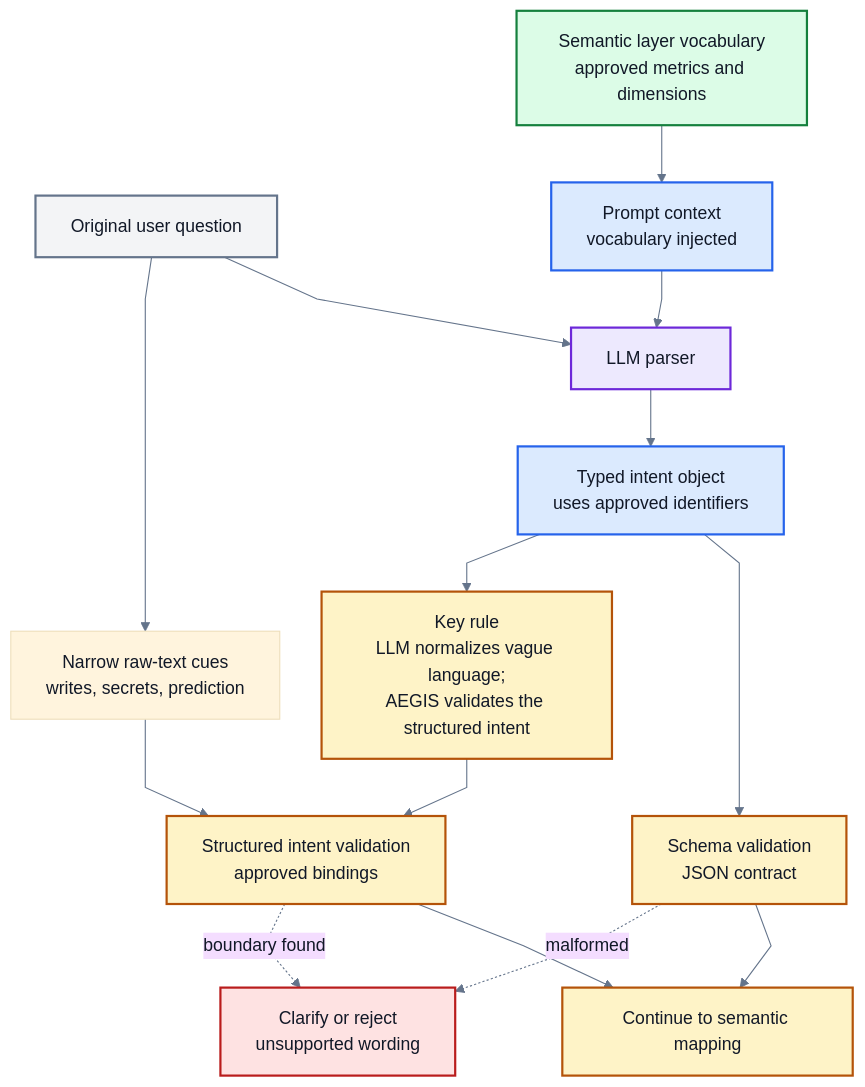
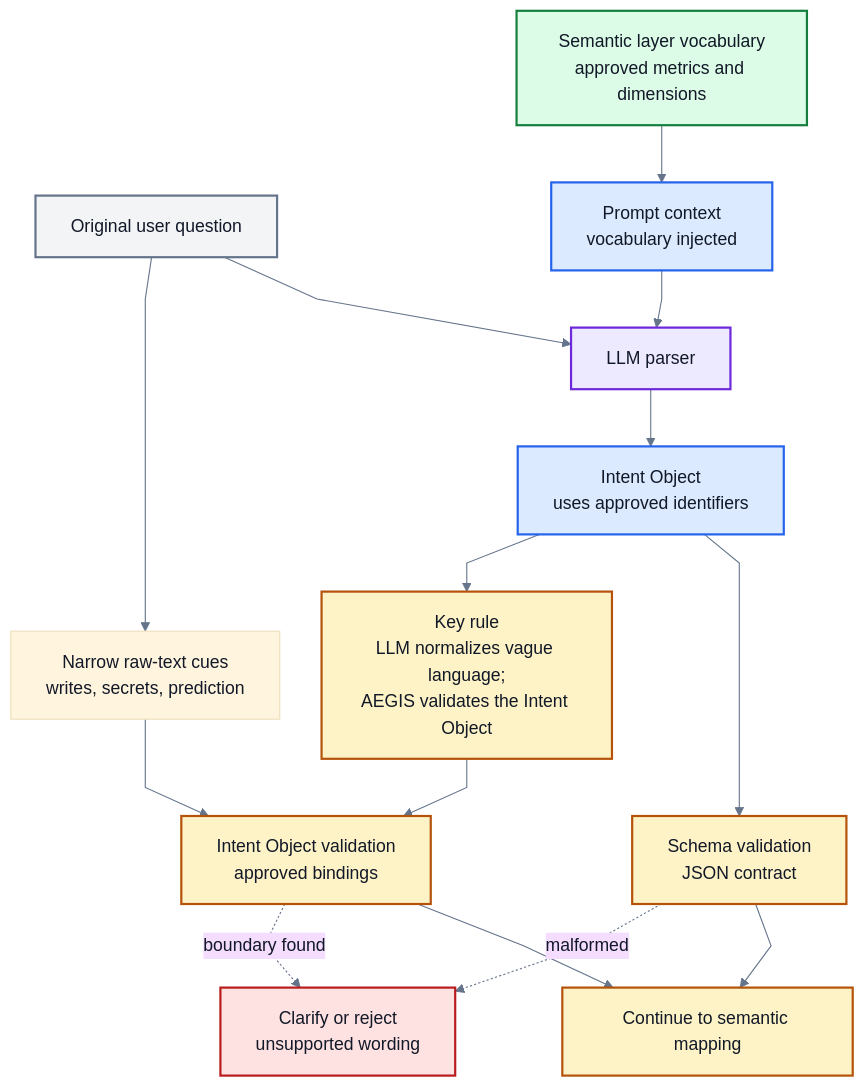
Before and after one commit to md-riaz/AEGIS-Research: the diagram in docs/scripts/thesis_book_generator/figures/source/figure-05-vocabulary-injection.mmd, drawn with Mermaid. The commit also changed 28 other files, not shown here.

```diff
--- a/docs/scripts/thesis_book_generator/figures/source/figure-05-vocabulary-injection.mmd
+++ b/docs/scripts/thesis_book_generator/figures/source/figure-05-vocabulary-injection.mmd
@@ -1,38 +1,38 @@
 %% AEGIS thesis Figure 5 source
 %%{init: {"theme": "base", "themeCSS": ".nodeLabel, .edgeLabel, .cluster-label { font-family: Arial, sans-serif !important; } .nodeLabel { font-size: 16px; } .edgeLabel { font-size: 14px; } .cluster-label { font-weight: 700; }", "themeVariables": {"fontFamily": "Arial, sans-serif", "primaryTextColor": "#111827", "lineColor": "#64748b"}, "flowchart": {"nodeSpacing": 38, "rankSpacing": 52, "curve": "linear", "padding": 16}}}%%
 flowchart TB
     Q["Original user question"]
     SL["Semantic layer vocabulary<br/>approved metrics and dimensions"]
     PB["Prompt context<br/>vocabulary injected"]
     LLM["LLM parser"]
-    INT["Typed intent object<br/>uses approved identifiers"]
+    INT["Intent Object<br/>uses approved identifiers"]
     SC["Schema validation<br/>JSON contract"]
-    COV["Structured intent validation<br/>approved bindings"]
+    COV["Intent Object validation<br/>approved bindings"]
     RAW["Narrow raw-text cues<br/>writes, secrets, prediction"]
     OK["Continue to semantic mapping"]
     REJ["Clarify or reject<br/>unsupported wording"]
 
     SL --> PB --> LLM --> INT --> SC
     Q --> LLM
     Q --> RAW --> COV
     COV --> OK
     SC --> OK
     COV -. boundary found .-> REJ
     SC -. malformed .-> REJ
 
-    NOTE["Key rule<br/>LLM normalizes vague language;<br/>AEGIS validates the structured intent"]
+    NOTE["Key rule<br/>LLM normalizes vague language;<br/>AEGIS validates the Intent Object"]
     INT --> NOTE --> COV
 
     classDef question fill:#f3f4f6,stroke:#64748b,color:#111827,stroke-width:2px;
     classDef semantic fill:#dcfce7,stroke:#15803d,color:#111827,stroke-width:2px;
     classDef prompt fill:#dbeafe,stroke:#2563eb,color:#111827,stroke-width:2px;
     classDef llm fill:#ede9fe,stroke:#6d28d9,color:#111827,stroke-width:2px;
     classDef validation fill:#fef3c7,stroke:#b45309,color:#111827,stroke-width:2px;
     classDef reject fill:#fee2e2,stroke:#b91c1c,color:#111827,stroke-width:2px;
 
     class Q question;
     class SL semantic;
     class PB,INT prompt;
     class LLM llm;
     class SC,COV,OK,NOTE validation;
     class REJ reject;
```
